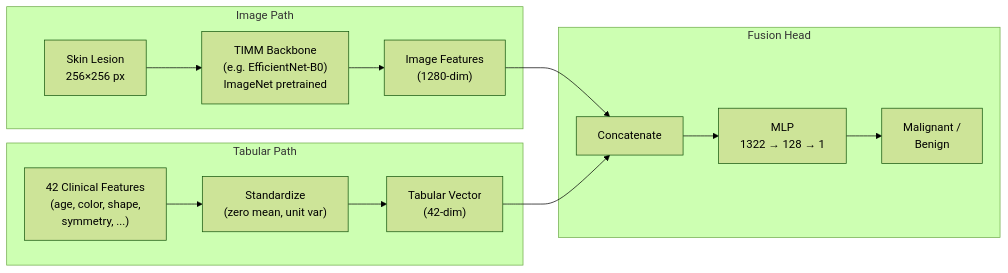
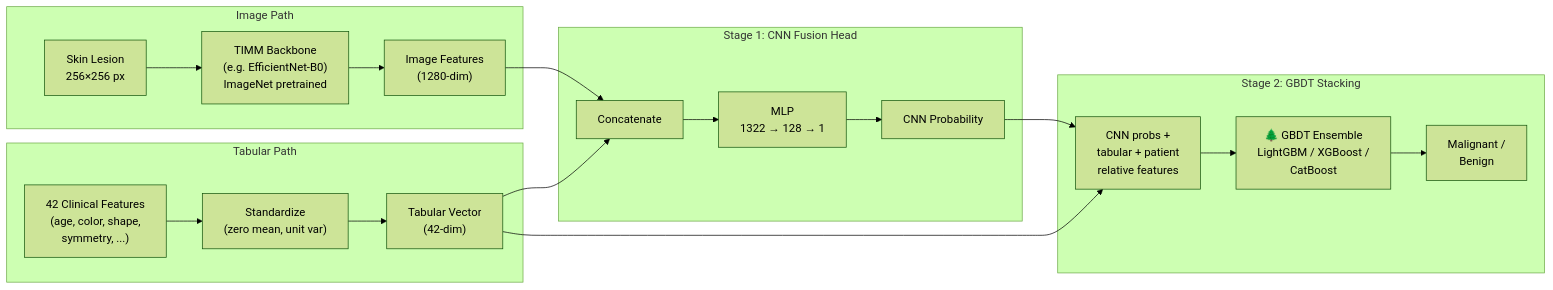
One commit to RudraShivm/Skin-Cancer-Detection changed the diagram in README.md. Above: the diagram before and after it, drawn with Mermaid (forest theme). The commit also changed other lines of this file and 10 other files, not shown here.

First line of the commit message:
feat: integrate GBDT stacking into notebooks and update documentation

````diff
--- a/README.md
+++ b/README.md
@@ -55,20 +55,27 @@
 ```mermaid
 flowchart LR
     subgraph Image["Image Path"]
         IMG["Skin Lesion<br/>256×256 px"] --> BACKBONE["TIMM Backbone<br/>(e.g. EfficientNet-B0)<br/>ImageNet pretrained"]
         BACKBONE --> FEAT["Image Features<br/>(1280-dim)"]
     end
 
     subgraph Tabular["Tabular Path"]
         TAB["42 Clinical Features<br/>(age, color, shape,<br/>symmetry, ...)"] --> NORM["Standardize<br/>(zero mean, unit var)"]
         NORM --> TVEC["Tabular Vector<br/>(42-dim)"]
     end
 
-    subgraph Fusion["Fusion Head"]
+    subgraph Fusion["Stage 1: CNN Fusion Head"]
         CONCAT["Concatenate"] --> MLP["MLP<br/>1322 → 128 → 1"]
-        MLP --> PRED["Malignant /<br/>Benign"]
+        MLP --> CNN_PROB["CNN Probability"]
+    end
+
+    subgraph GBDT["Stage 2: GBDT Stacking"]
+        GBDT_IN["CNN probs +<br/>tabular + patient<br/>relative features"] --> GBDT_ENS["🌲 GBDT Ensemble<br/>LightGBM / XGBoost /<br/>CatBoost"]
+        GBDT_ENS --> PRED["Malignant /<br/>Benign"]
     end
 
     FEAT --> CONCAT
     TVEC --> CONCAT
+    CNN_PROB --> GBDT_IN
+    TVEC --> GBDT_IN
 ```
````
